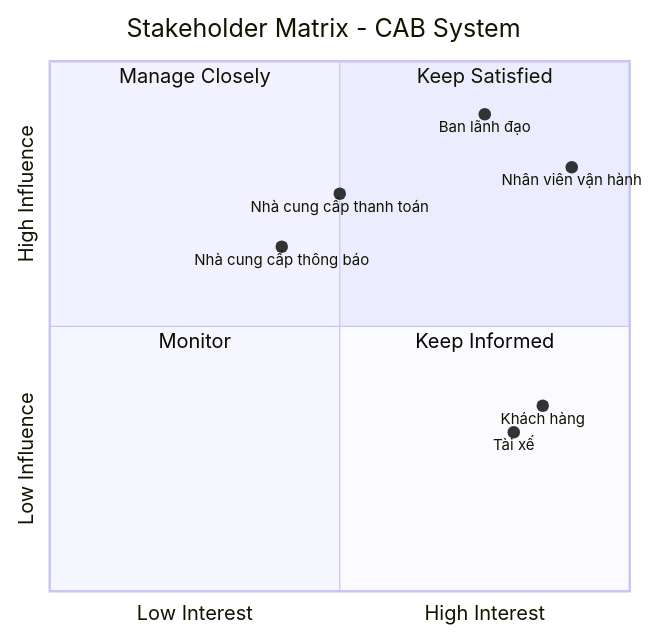
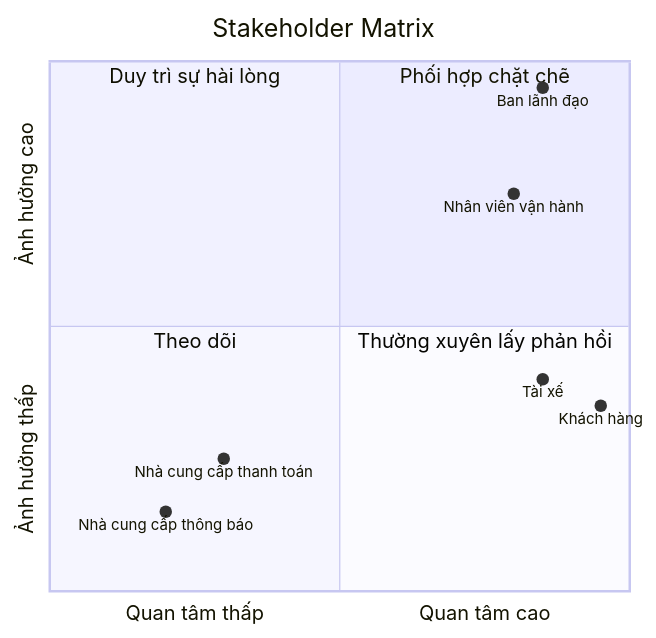
One commit to dovanquang8525/23696931_DoVanQuang_CABSYSTEM changed the first of 8 diagrams in SRS.MD. Above: the diagram before and after it, drawn with Mermaid. The commit also changed other lines of this file and 32 other files, not shown here.

````diff
--- a/SRS.MD
+++ b/SRS.MD
@@ -98,20 +111,17 @@
 ```mermaid
 quadrantChart
-    title Stakeholder Matrix - CAB System
-    x-axis Low Interest --> High Interest
-    y-axis Low Influence --> High Influence
+    title Stakeholder Matrix
+    x-axis "Quan tâm thấp" --> "Quan tâm cao"
+    y-axis "Ảnh hưởng thấp" --> "Ảnh hưởng cao"
+    quadrant-1 "Phối hợp chặt chẽ"
+    quadrant-2 "Duy trì sự hài lòng"
+    quadrant-3 "Theo dõi"
+    quadrant-4 "Thường xuyên lấy phản hồi"
 
-    quadrant-1 "Keep Satisfied"
-    quadrant-2 "Manage Closely"
-    quadrant-3 "Monitor"
-    quadrant-4 "Keep Informed"
-
-    "Ban lãnh đạo": [0.75, 0.90]
-    "Nhân viên vận hành": [0.90, 0.80]
-
-    "Nhà cung cấp thanh toán": [0.50, 0.75]
-    "Nhà cung cấp thông báo": [0.40, 0.65]
-
-    "Khách hàng": [0.85, 0.35]
-    "Tài xế": [0.80, 0.30]
+    "Ban lãnh đạo": [0.85, 0.95]
+    "Nhân viên vận hành": [0.80, 0.75]
+    "Khách hàng": [0.95, 0.35]
+    "Tài xế": [0.85, 0.40]
+    "Nhà cung cấp thanh toán": [0.30, 0.25]
+    "Nhà cung cấp thông báo": [0.20, 0.15]
 ```
````
